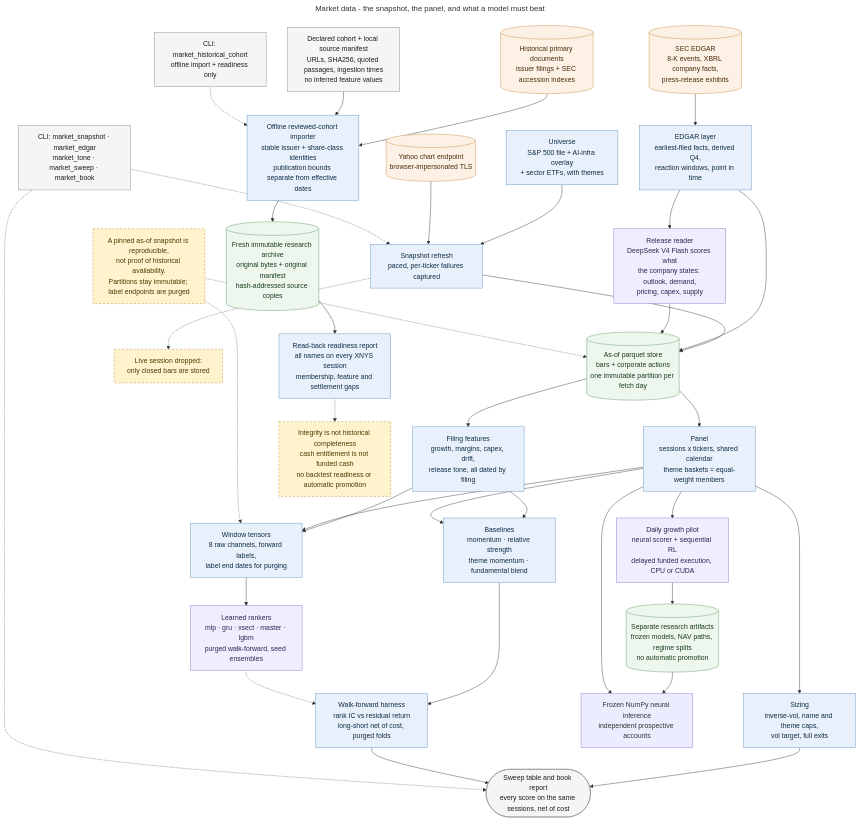
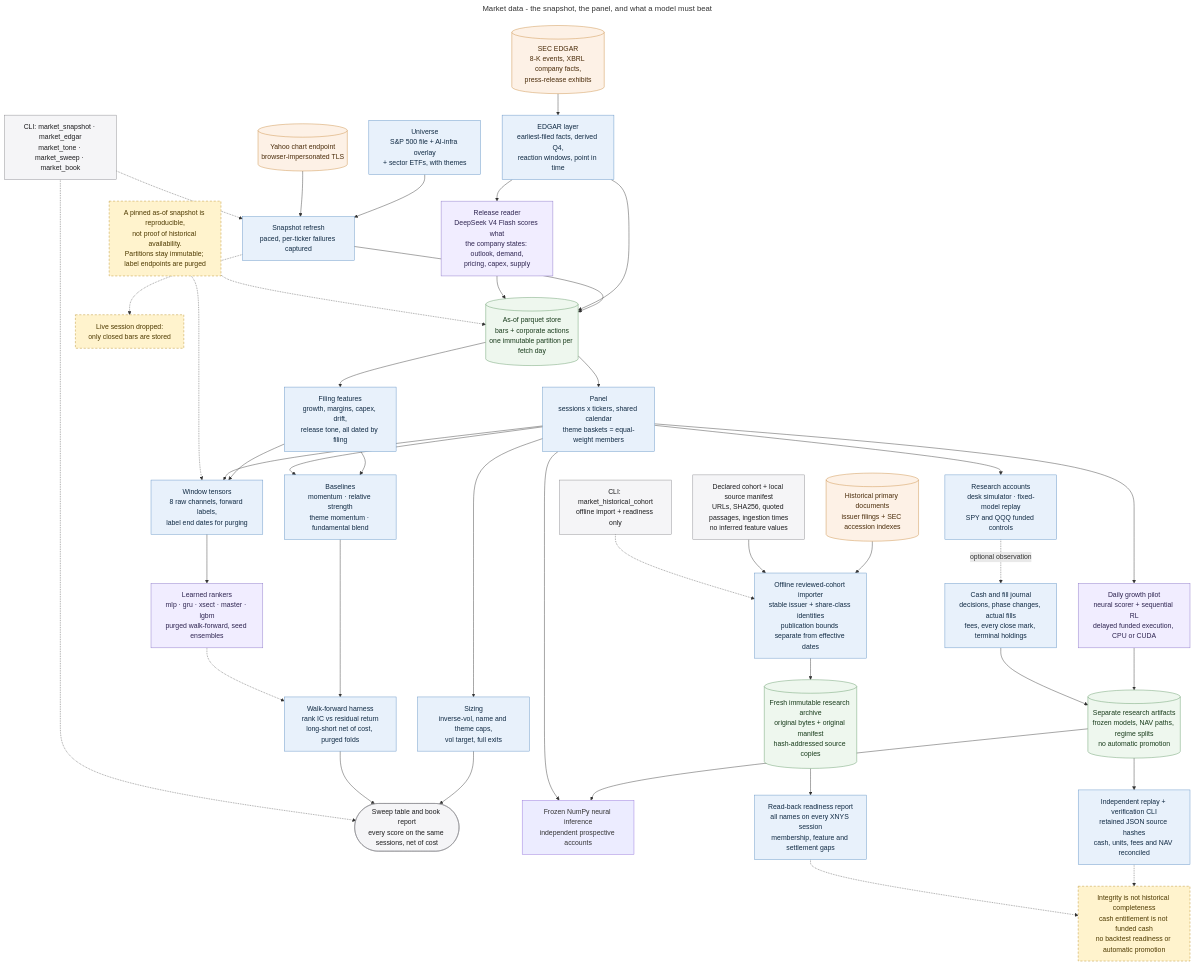
Before and after one commit to MallyaAni/PersonalAssistant: the diagram in docs/diagrams/market-data.mmd, drawn with Mermaid. The commit also changed 20 other files, not shown here.

```diff
--- a/docs/diagrams/market-data.mmd
+++ b/docs/diagrams/market-data.mmd
@@ -1,57 +1,63 @@
 ---
 title: Market data - the snapshot, the panel, and what a model must beat
 ---
 flowchart TB
     Universe[Universe<br/>S&P 500 file + AI-infra overlay<br/>+ sector ETFs, with themes] --> Refresh[Snapshot refresh<br/>paced, per-ticker failures captured]
     Yahoo[(Yahoo chart endpoint<br/>browser-impersonated TLS)] --> Refresh
     Refresh --> Store[(As-of parquet store<br/>bars + corporate actions<br/>one immutable partition per fetch day)]
     Refresh -.-> Drop[Live session dropped:<br/>only closed bars are stored]
 
     Edgar[(SEC EDGAR<br/>8-K events, XBRL company facts,<br/>press-release exhibits)] --> Filings[EDGAR layer<br/>earliest-filed facts, derived Q4,<br/>reaction windows, point in time]
     Filings --> Store
     Filings --> Reader[Release reader<br/>DeepSeek V4 Flash scores what<br/>the company states: outlook, demand,<br/>pricing, capex, supply]
     Reader --> Store
     Store --> Panel[Panel<br/>sessions x tickers, shared calendar<br/>theme baskets = equal-weight members]
     Store --> Extras[Filing features<br/>growth, margins, capex, drift,<br/>release tone, all dated by filing]
     Extras --> Baselines
     Extras --> Windows
     Panel --> Book[Sizing<br/>inverse-vol, name and theme caps,<br/>vol target, full exits]
     Book --> Report
     Panel --> Baselines[Baselines<br/>momentum · relative strength<br/>theme momentum · fundamental blend]
     Panel --> Windows[Window tensors<br/>8 raw channels, forward labels,<br/>label end dates for purging]
     Baselines --> Harness[Walk-forward harness<br/>rank IC vs residual return<br/>long-short net of cost, purged folds]
     Windows --> Model[Learned rankers<br/>mlp · gru · xsect · master · lgbm<br/>purged walk-forward, seed ensembles]
     Model -.-> Harness
     Harness --> Report([Sweep table and book report<br/>every score on the same sessions, net of cost])
     Panel --> Pilot[Daily growth pilot<br/>neural scorer + sequential RL<br/>delayed funded execution, CPU or CUDA]
     Pilot --> Research[(Separate research artifacts<br/>frozen models, NAV paths, regime splits<br/>no automatic promotion)]
     Research --> Forward[Frozen NumPy neural inference<br/>independent prospective accounts]
     Panel --> Forward
 
+    Panel --> Accounts[Research accounts<br/>desk simulator · fixed-model replay<br/>SPY and QQQ funded controls]
+    Accounts -. optional observation .-> Journal[Cash and fill journal<br/>decisions, phase changes, actual fills<br/>fees, every close mark, terminal holdings]
+    Journal --> Research
+    Research --> Audit[Independent replay + verification CLI<br/>retained JSON source hashes<br/>cash, units, fees and NAV reconciled]
+    Audit -.-> Limits
+
     Primary[(Historical primary documents<br/>issuer filings + SEC accession indexes)] --> Cohort[Offline reviewed-cohort importer<br/>stable issuer + share-class identities<br/>publication bounds separate from effective dates]
     Manifest[Declared cohort + local source manifest<br/>URLs, SHA256, quoted passages, ingestion times<br/>no inferred feature values] --> Cohort
     Cohort --> Evidence[(Fresh immutable research archive<br/>original bytes + original manifest<br/>hash-addressed source copies)]
     Evidence --> Readiness[Read-back readiness report<br/>all names on every XNYS session<br/>membership, feature and settlement gaps]
     Readiness -.-> Limits[Integrity is not historical completeness<br/>cash entitlement is not funded cash<br/>no backtest readiness or automatic promotion]
     CohortCLI[CLI: market_historical_cohort<br/>offline import + readiness only] -.-> Cohort
 
     CLI[CLI: market_snapshot · market_edgar<br/>market_tone · market_sweep · market_book] -.-> Refresh
     CLI -.-> Report
 
     Rule[A pinned as-of snapshot is reproducible,<br/>not proof of historical availability.<br/>Partitions stay immutable; label endpoints are purged]
     Rule -.-> Store
     Rule -.-> Windows
 
     classDef interface fill:#f5f5f7,stroke:#86868b,color:#1d1d1f;
     classDef application fill:#e8f1fb,stroke:#5e8fc4,color:#102a43;
     classDef data fill:#eef7ee,stroke:#5f9562,color:#183b1b;
     classDef external fill:#fdf1e6,stroke:#c98a3d,color:#4a2c0a;
     classDef model fill:#f1edff,stroke:#8872c6,color:#2e2450;
     classDef warning fill:#fff3cd,stroke:#b78b20,color:#4d3900,stroke-dasharray:5 4;
     class CLI,Report,CohortCLI,Manifest interface;
-    class Universe,Refresh,Filings,Panel,Baselines,Windows,Harness,Extras,Book,Cohort,Readiness application;
+    class Universe,Refresh,Filings,Panel,Baselines,Windows,Harness,Extras,Book,Cohort,Readiness,Accounts,Journal,Audit application;
     class Store,Evidence data;
     class Yahoo,Edgar,Primary external;
     class Model,Reader,Pilot model;
     class Research data;
     class Rule,Drop,Limits warning;
```
